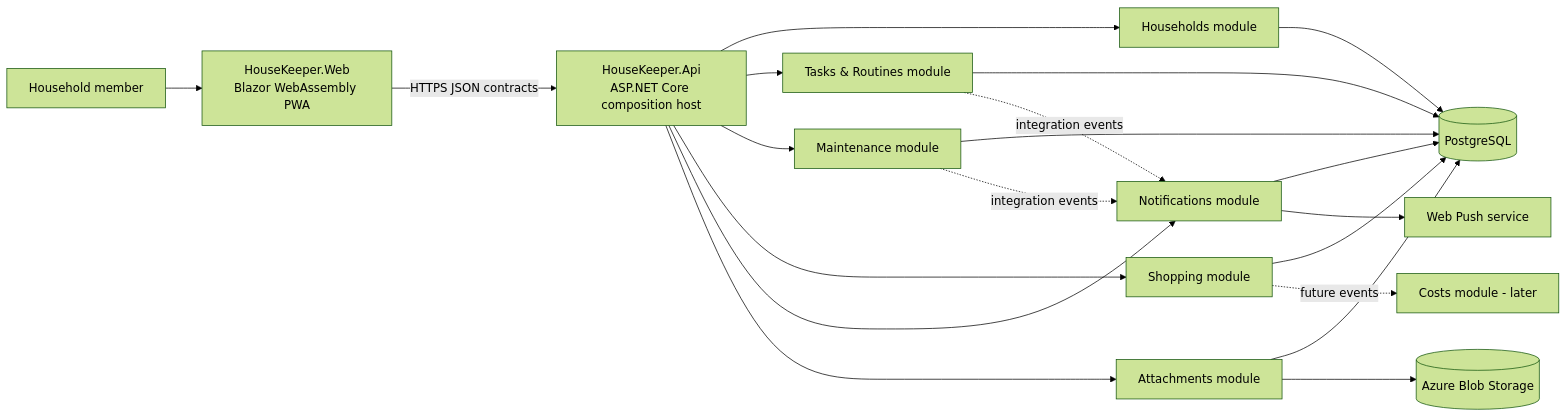
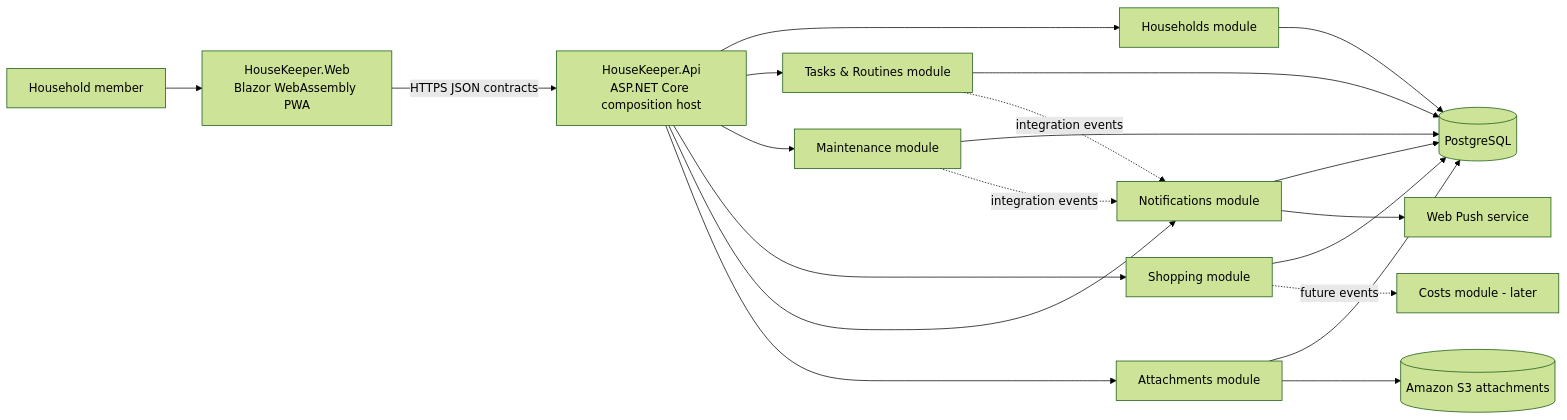
The first of 2 diagrams in docs/architecture/technical-recommendation.md (JohannesMogashoa/housekeeper), drawn with Mermaid (forest theme) before and after one commit. The commit also changed other lines of this file and 33 other files, not shown here.

````diff
--- a/docs/architecture/technical-recommendation.md
+++ b/docs/architecture/technical-recommendation.md
@@ -50,26 +50,26 @@
 ```mermaid
 flowchart LR
     User[Household member] --> PWA[HouseKeeper.Web\nBlazor WebAssembly PWA]
     PWA -->|HTTPS JSON contracts| API[HouseKeeper.Api\nASP.NET Core composition host]
 
     API --> H[Households module]
     API --> T[Tasks & Routines module]
     API --> M[Maintenance module]
     API --> S[Shopping module]
     API --> N[Notifications module]
     API --> A[Attachments module]
 
     H --> PG[(PostgreSQL)]
     T --> PG
     M --> PG
     S --> PG
     N --> PG
     A --> PG
 
-    A --> Blob[(Azure Blob Storage)]
+    A --> S3[(Amazon S3 attachments)]
     N --> Push[Web Push service]
 
     T -. integration events .-> N
     M -. integration events .-> N
     S -. future events .-> C[Costs module - later]
 ```
````
